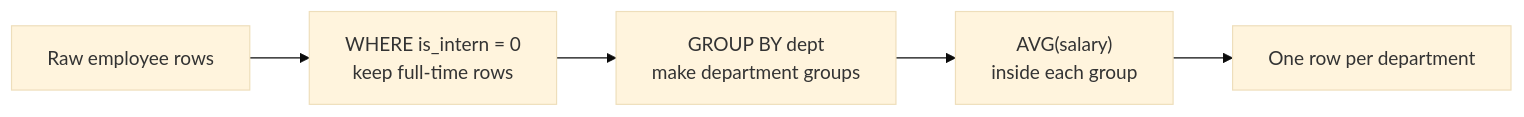
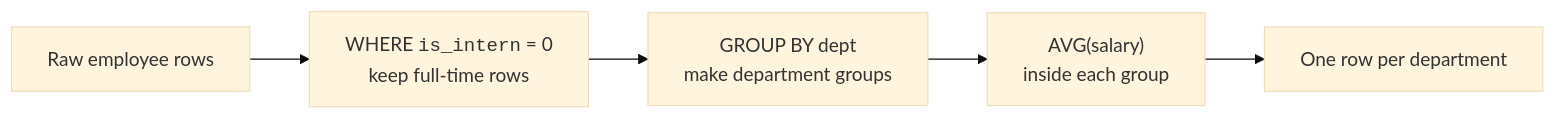
The fifth of 5 diagrams in content/learn/sqlite-for-beginners/grouping-data.mdx (dataslope/dataslope), drawn with Mermaid (base theme) before and after one commit. The commit also changed 153 other files, not shown here.

First line of the commit message:
Render code-only mermaid shapes in monospace; convert step sequences to Steps

````diff
--- a/content/learn/sqlite-for-beginners/grouping-data.mdx
+++ b/content/learn/sqlite-for-beginners/grouping-data.mdx
@@ -279,7 +279,7 @@
 ```mermaid
 flowchart LR
-    Raw["Raw employee rows"] --> Where["WHERE is_intern = 0<br/>keep full-time rows"]
+    Raw["Raw employee rows"] --> Where["WHERE <code>is_intern</code> = 0<br/>keep full-time rows"]
     Where --> Group["GROUP BY dept<br/>make department groups"]
     Group --> Avg["AVG(salary)<br/>inside each group"]
     Avg --> Result["One row per department"]
 ```
````
